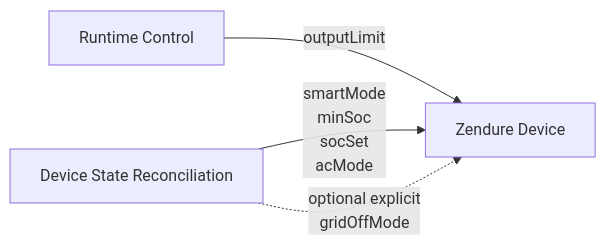
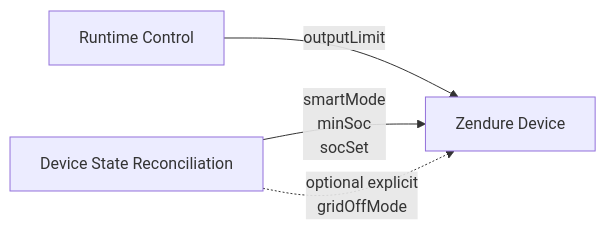
The fifth of 6 diagrams in README.md (basecubedev/ems-solarflow-api-control), drawn with Mermaid before and after one commit. The commit also changed other lines of this file and 2 other files, not shown here.

Commit message:
Add startup-only acMode initialization

````diff
--- a/README.md
+++ b/README.md
@@ -1070,11 +1071,11 @@
 ```mermaid
 flowchart LR
 
     A["Runtime Control"]
     B["Device State Reconciliation"]
 
     A -->|"outputLimit"| DEV["Zendure Device"]
 
-    B -->|"smartMode\nminSoc\nsocSet\nacMode"| DEV
+    B -->|"smartMode\nminSoc\nsocSet"| DEV
     B -. "optional explicit\ngridOffMode" .-> DEV
 ```
````
